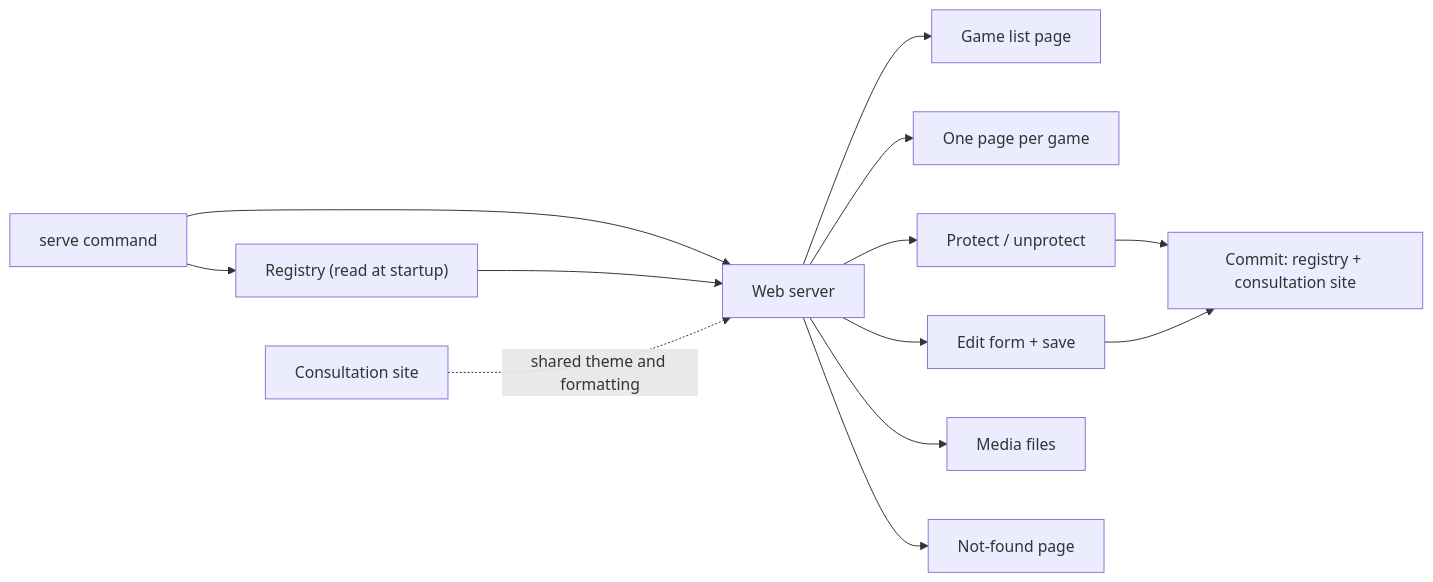
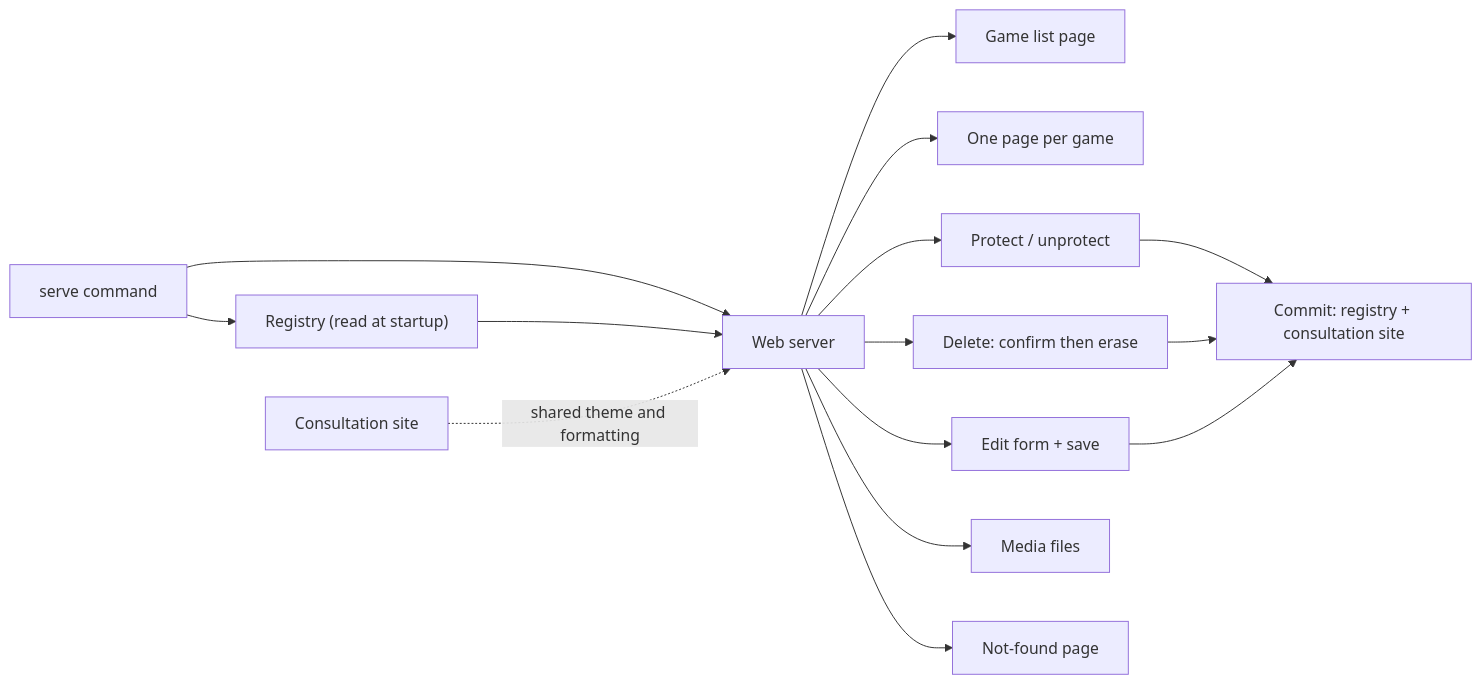
Before and after one commit to neolao/batocera-scrap-manager: the diagram in docs/architecture.md, drawn with Mermaid. The commit also changed other lines of this file and 17 other files, not shown here.

````diff
--- a/docs/architecture.md
+++ b/docs/architecture.md
@@ -56,15 +56,17 @@
 ```mermaid
 flowchart LR
   CLI["serve command"] --> REG["Registry (read at startup)"]
   CLI --> SRV["Web server"]
   REG --> SRV
   SRV --> LIST["Game list page"]
   SRV --> GAME["One page per game"]
   SRV --> EDIT["Edit form + save"]
   SRV --> PROT["Protect / unprotect"]
   PROT --> COMMIT
+  SRV --> DEL["Delete: confirm then erase"]
+  DEL --> COMMIT
   SRV --> MEDIA["Media files"]
   SRV --> NF["Not-found page"]
   EDIT --> COMMIT["Commit: registry + consultation site"]
   SITE["Consultation site"] -. shared theme and formatting .-> SRV
 ```
````
